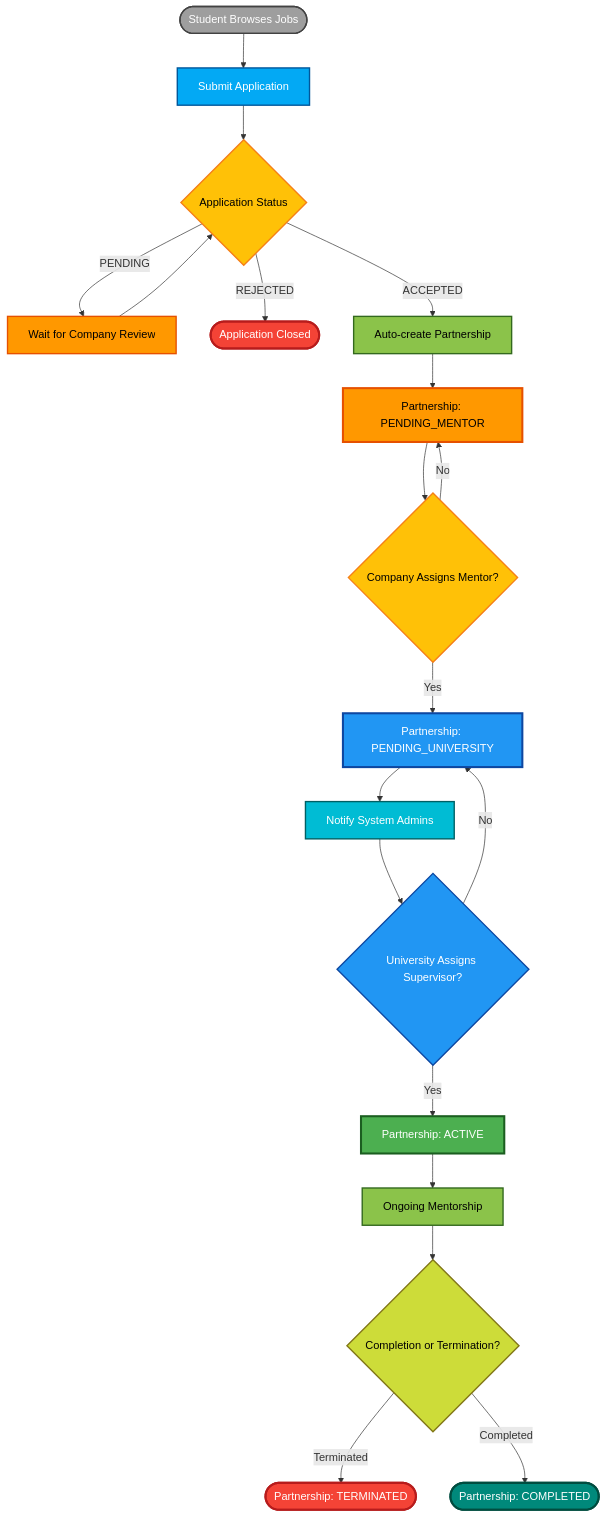
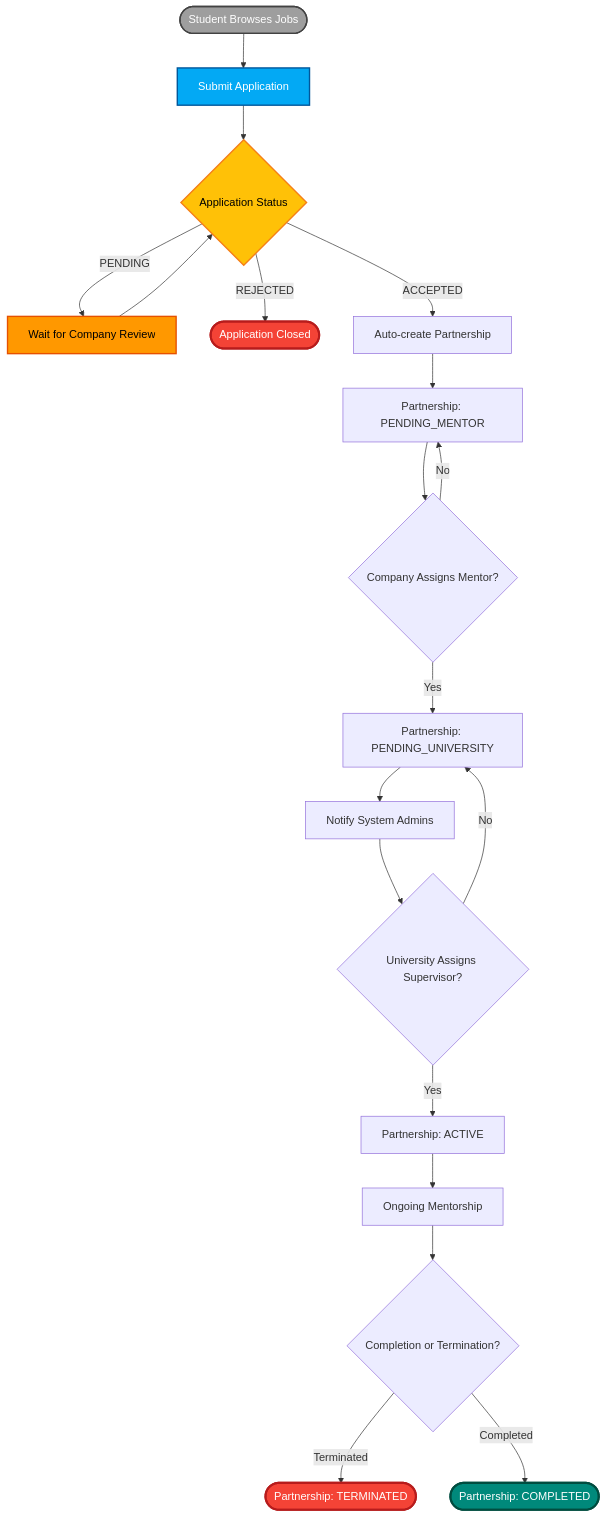
One commit to DrozsdikAdam/dual-kepzes-backend changed the seventh of 9 diagrams in README.md. Above: the diagram before and after it, drawn with Mermaid. The commit also changed other lines of this file and 1 other file, not shown here.

````diff
--- a/README.md
+++ b/README.md
@@ -492,44 +484,36 @@
 ```mermaid
 flowchart TD
     Start([Student Browses Jobs]) --> Apply[Submit Application]
     Apply --> Status{Application Status}
     
     Status -->|PENDING| Wait[Wait for Company Review]
     Wait --> Status
     
     Status -->|REJECTED| End1([Application Closed])
     
     Status -->|ACCEPTED| CreatePartnership[Auto-create Partnership]
     CreatePartnership --> P1[Partnership: PENDING_MENTOR]
     
     P1 --> AssignMentor{Company Assigns Mentor?}
     AssignMentor -->|Yes| P2[Partnership: PENDING_UNIVERSITY]
     AssignMentor -->|No| P1
     
     P2 --> Notify1[Notify System Admins]
     Notify1 --> AssignUni{University Assigns Supervisor?}
     AssignUni -->|Yes| P3[Partnership: ACTIVE]
     AssignUni -->|No| P2
     
     P3 --> Monitor[Ongoing Mentorship]
     Monitor --> Complete{Completion or Termination?}
     Complete -->|Terminated| End2([Partnership: TERMINATED])
     Complete -->|Completed| End3([Partnership: COMPLETED])
     
     style Start fill:#9e9e9e,stroke:#424242,stroke-width:2px,color:#fff
     style Apply fill:#03a9f4,stroke:#01579b,stroke-width:2px,color:#fff
     style Status fill:#ffc107,stroke:#f57f17,stroke-width:2px,color:#000
     style Wait fill:#ff9800,stroke:#e65100,stroke-width:2px,color:#000
     style End1 fill:#f44336,stroke:#b71c1c,stroke-width:3px,color:#fff
-    style CreatePartnership fill:#8bc34a,stroke:#33691e,stroke-width:2px,color:#000
-    style P1 fill:#ff9800,stroke:#e65100,stroke-width:3px,color:#000
-    style AssignMentor fill:#ffc107,stroke:#f57f17,stroke-width:2px,color:#000
-    style P2 fill:#2196f3,stroke:#0d47a1,stroke-width:3px,color:#fff
-    style Notify1 fill:#00bcd4,stroke:#006064,stroke-width:2px,color:#fff
-    style AssignUni fill:#2196f3,stroke:#0d47a1,stroke-width:2px,color:#fff
-    style P3 fill:#4caf50,stroke:#1b5e20,stroke-width:3px,color:#fff
-    style Monitor fill:#8bc34a,stroke:#33691e,stroke-width:2px,color:#000
-    style Complete fill:#cddc39,stroke:#827717,stroke-width:2px,color:#000
     style End2 fill:#f44336,stroke:#b71c1c,stroke-width:3px,color:#fff
     style End3 fill:#00897b,stroke:#004d40,stroke-width:3px,color:#fff
+
 ```
````
